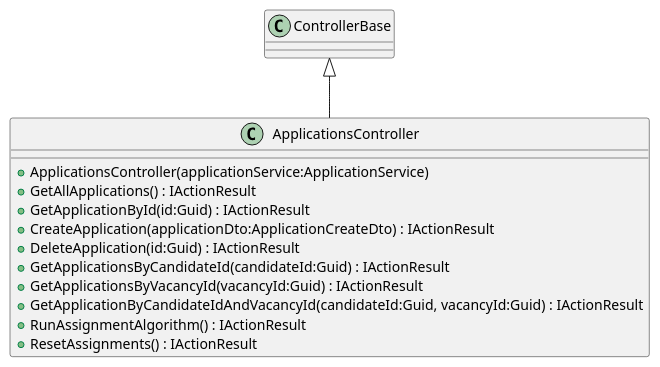
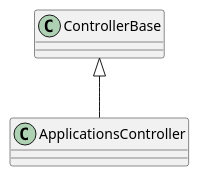
Before and after one commit to Its-Stressica/RecruitPlus: the diagram in diagram.puml/MilitaryRecruitment.Api/Controllers/ApplicationsController.puml, drawn with PlantUML. The commit also changed 12 other files, not shown here.

Commit message:
Commented fields in diagrams to create a shorter one

```diff
--- a/diagram.puml/MilitaryRecruitment.Api/Controllers/ApplicationsController.puml
+++ b/diagram.puml/MilitaryRecruitment.Api/Controllers/ApplicationsController.puml
@@ -1,15 +1,15 @@
 @startuml
 class ApplicationsController {
-    + ApplicationsController(applicationService:ApplicationService)
-    + GetAllApplications() : IActionResult
-    + GetApplicationById(id:Guid) : IActionResult
-    + CreateApplication(applicationDto:ApplicationCreateDto) : IActionResult
-    + DeleteApplication(id:Guid) : IActionResult
-    + GetApplicationsByCandidateId(candidateId:Guid) : IActionResult
-    + GetApplicationsByVacancyId(vacancyId:Guid) : IActionResult
-    + GetApplicationByCandidateIdAndVacancyId(candidateId:Guid, vacancyId:Guid) : IActionResult
-    + RunAssignmentAlgorithm() : IActionResult
-    + ResetAssignments() : IActionResult
+    ' + ApplicationsController(applicationService:ApplicationService)
+    ' + GetAllApplications() : IActionResult
+    ' + GetApplicationById(id:Guid) : IActionResult
+    ' + CreateApplication(applicationDto:ApplicationCreateDto) : IActionResult
+    ' + DeleteApplication(id:Guid) : IActionResult
+    ' + GetApplicationsByCandidateId(candidateId:Guid) : IActionResult
+    ' + GetApplicationsByVacancyId(vacancyId:Guid) : IActionResult
+    ' + GetApplicationByCandidateIdAndVacancyId(candidateId:Guid, vacancyId:Guid) : IActionResult
+    ' + RunAssignmentAlgorithm() : IActionResult
+    ' + ResetAssignments() : IActionResult
 }
 ControllerBase <|-- ApplicationsController
 @enduml
```
